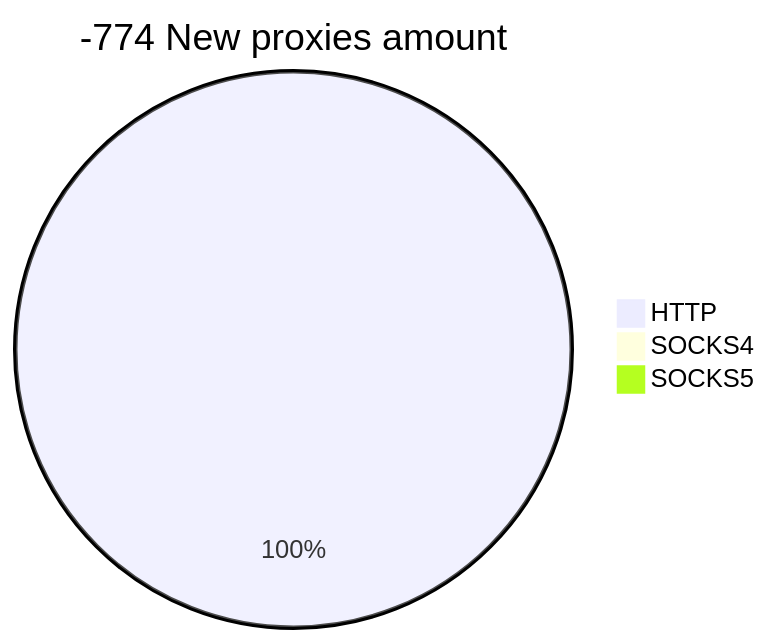
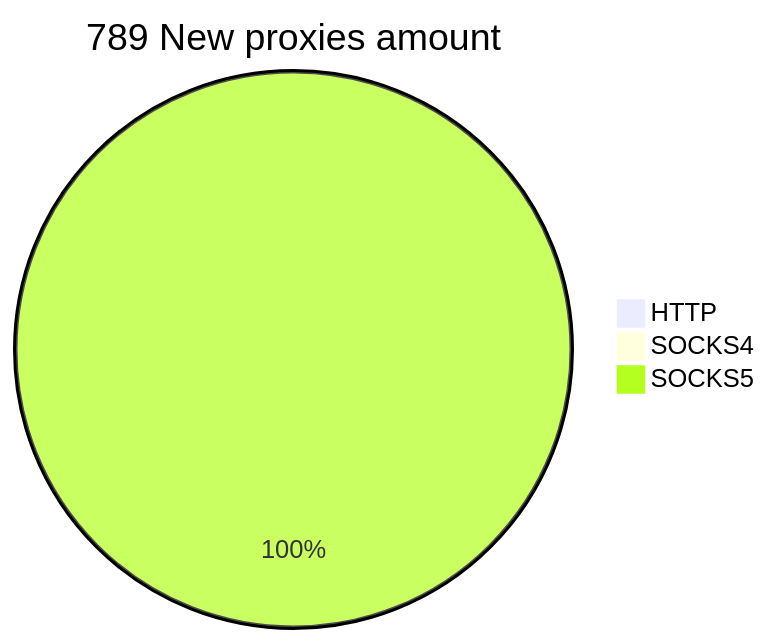
One commit to cutipu/proxylist changed the second of 2 diagrams in README.md. Above: the diagram before and after it, drawn with Mermaid. The commit also changed other lines of this file, not shown here.

````diff
--- a/README.md
+++ b/README.md
@@ -10,6 +10,6 @@
 ```mermaid
-pie title -774 New proxies amount
-    "HTTP" : 22
+pie title 789 New proxies amount
+    "HTTP" : 0
     "SOCKS4" : 0
-    "SOCKS5" : 0
+    "SOCKS5" : 790
 ```
````
